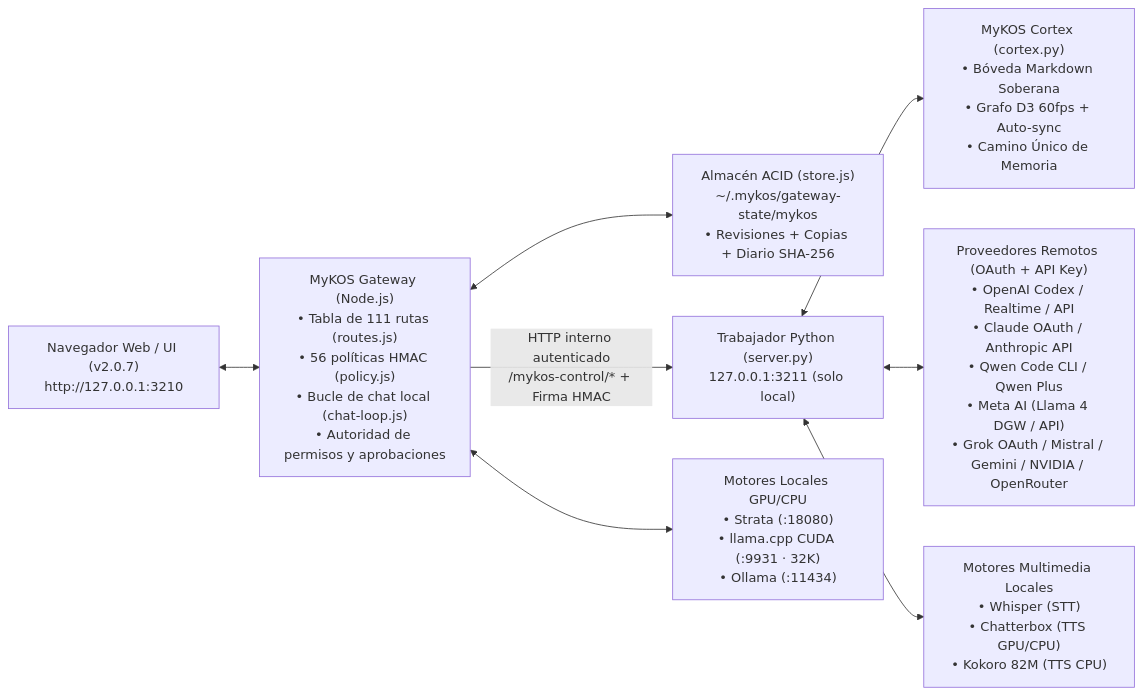
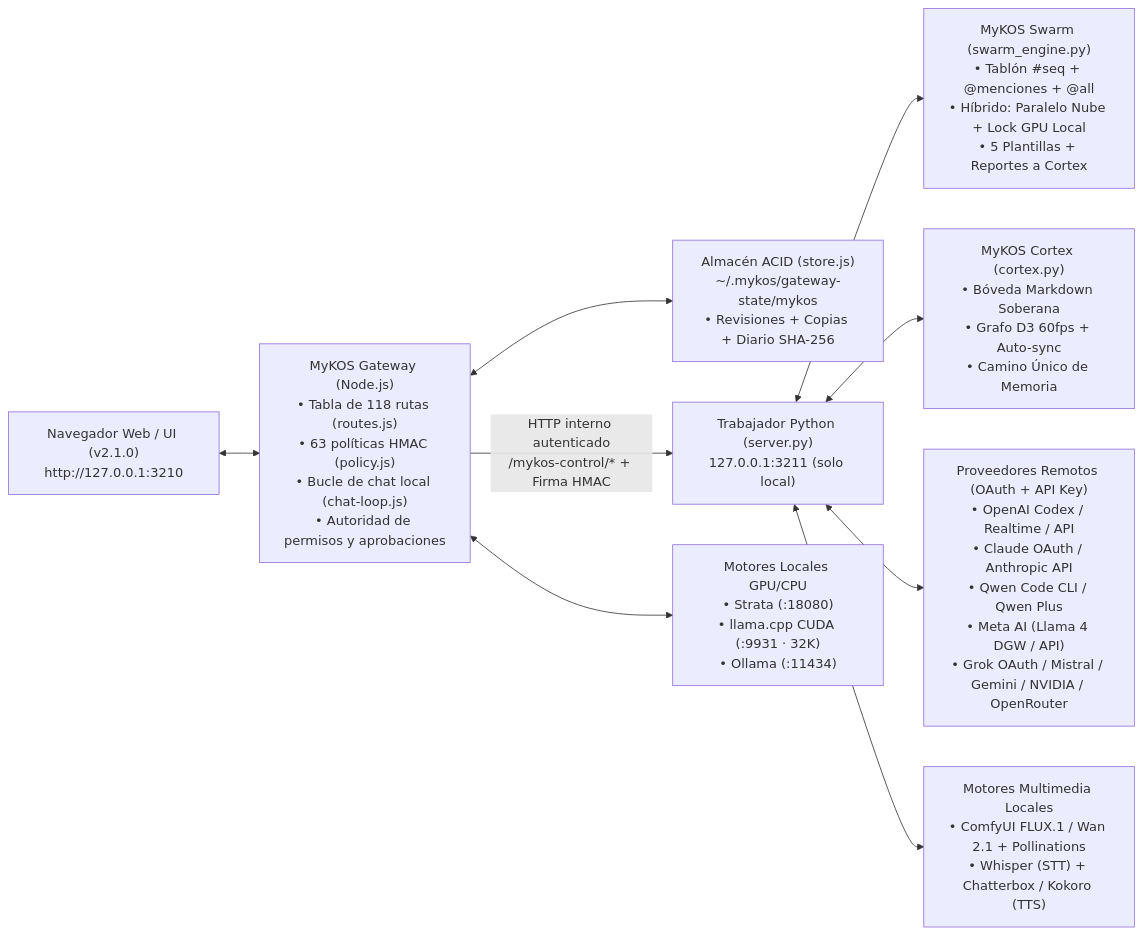
Before and after one commit to eskib0/MyKOS: the diagram in README.md, drawn with Mermaid. The commit also changed other lines of this file and 33 other files, not shown here.

Commit message:
feat(swarm,media): release MyKOS v2.1.0 (Swarm Multi-Agent Engine, Cortex Reports & Direct Media Studio)

````diff
--- a/README.md
+++ b/README.md
@@ -70,10 +73,11 @@
 ```mermaid
 flowchart LR
-    Browser["Navegador Web / UI (v2.0.7)\nhttp://127.0.0.1:3210"] <--> Gateway["MyKOS Gateway (Node.js)\n• Tabla de 111 rutas (routes.js)\n• 56 políticas HMAC (policy.js)\n• Bucle de chat local (chat-loop.js)\n• Autoridad de permisos y aprobaciones"]
+    Browser["Navegador Web / UI (v2.1.0)\nhttp://127.0.0.1:3210"] <--> Gateway["MyKOS Gateway (Node.js)\n• Tabla de 118 rutas (routes.js)\n• 63 políticas HMAC (policy.js)\n• Bucle de chat local (chat-loop.js)\n• Autoridad de permisos y aprobaciones"]
     Gateway <--> Store["Almacén ACID (store.js)\n~/.mykos/gateway-state/mykos\n• Revisiones + Copias + Diario SHA-256"]
     Gateway -- "HTTP interno autenticado\n/mykos-control/* + Firma HMAC" --> Worker["Trabajador Python (server.py)\n127.0.0.1:3211 (solo local)"]
     Gateway <--> LocalEngines["Motores Locales GPU/CPU\n• Strata (:18080)\n• llama.cpp CUDA (:9931 · 32K)\n• Ollama (:11434)"]
+    Worker <--> Swarm["MyKOS Swarm (swarm_engine.py)\n• Tablón #seq + @menciones + @all\n• Híbrido: Paralelo Nube + Lock GPU Local\n• 5 Plantillas + Reportes a Cortex"]
     Worker <--> Cortex["MyKOS Cortex (cortex.py)\n• Bóveda Markdown Soberana\n• Grafo D3 60fps + Auto-sync\n• Camino Único de Memoria"]
     Worker <--> CloudProviders["Proveedores Remotos (OAuth + API Key)\n• OpenAI Codex / Realtime / API\n• Claude OAuth / Anthropic API\n• Qwen Code CLI / Qwen Plus\n• Meta AI (Llama 4 DGW / API)\n• Grok OAuth / Mistral / Gemini / NVIDIA / OpenRouter"]
-    Worker <--> LocalVoice["Motores Multimedia Locales\n• Whisper (STT)\n• Chatterbox (TTS GPU/CPU)\n• Kokoro 82M (TTS CPU)"]
+    Worker <--> LocalVoice["Motores Multimedia Locales\n• ComfyUI FLUX.1 / Wan 2.1 + Pollinations\n• Whisper (STT) + Chatterbox / Kokoro (TTS)"]
 ```
````
